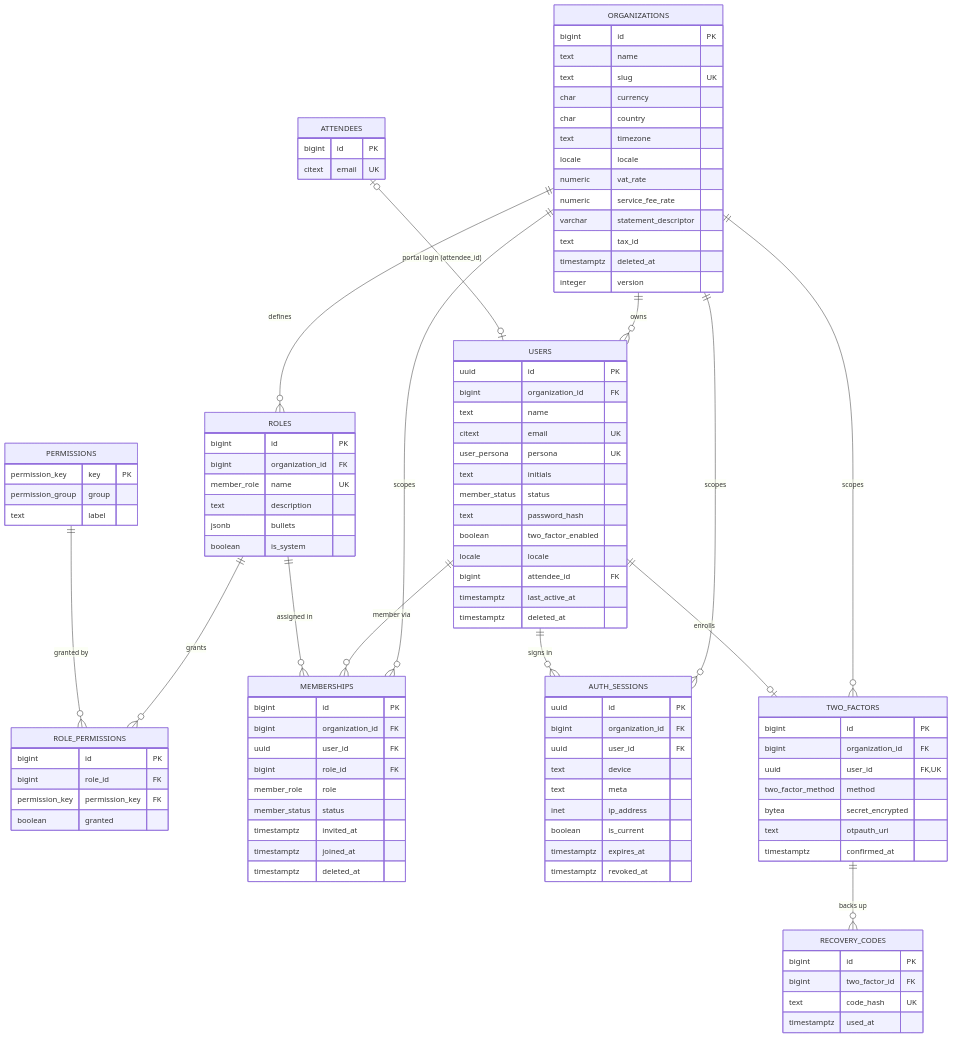
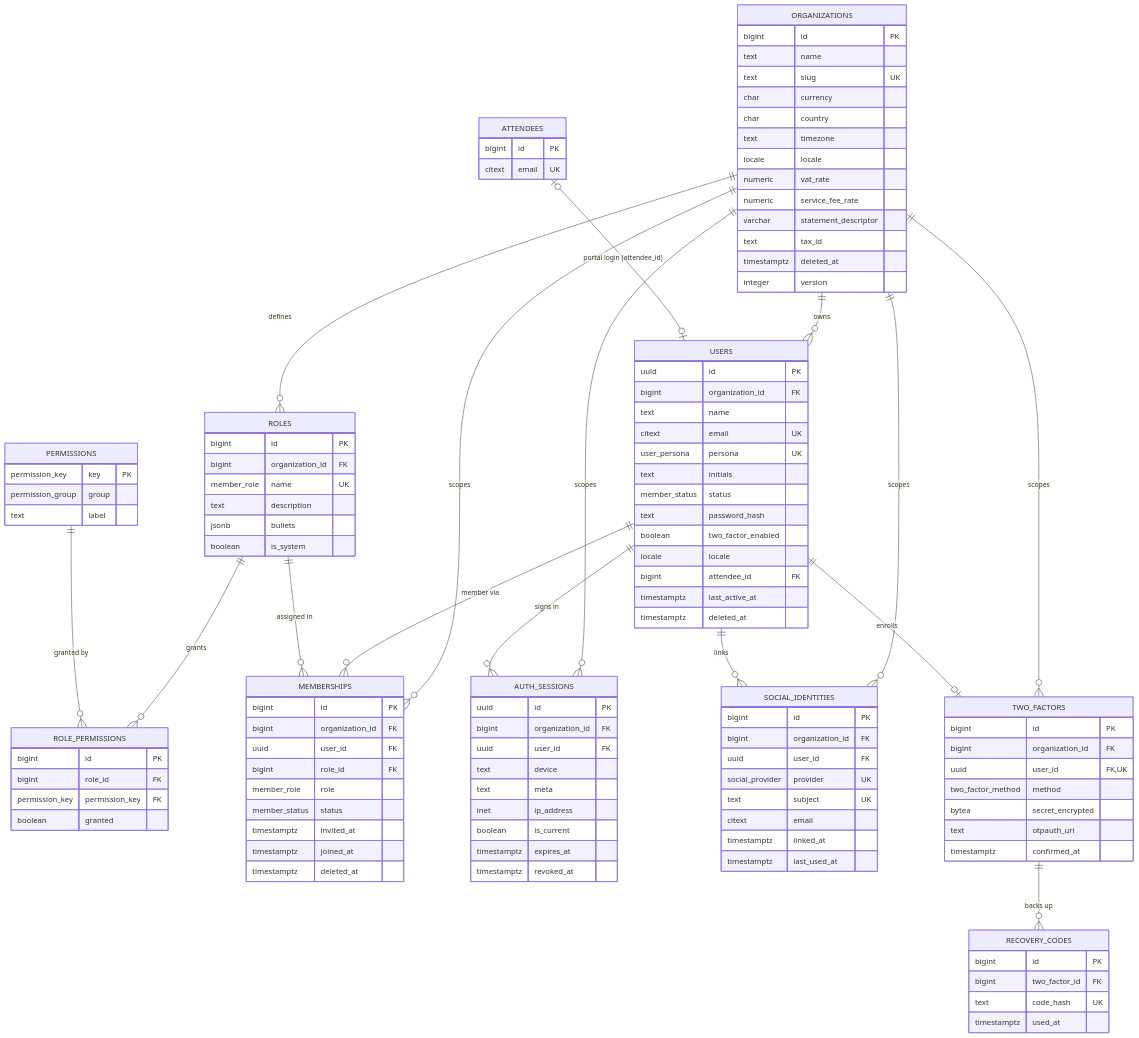
Before and after one commit to kaungkhantdev/eventa-docs: the second of 13 diagrams in 04-architecture/erd.md, drawn with Mermaid. The commit also changed other lines of this file and 5 other files, not shown here.

Commit message:
entities and erd reconcile

````diff
--- a/04-architecture/erd.md
+++ b/04-architecture/erd.md
@@ -618,6 +671,16 @@
         timestamptz expires_at
         timestamptz revoked_at
     }
+    SOCIAL_IDENTITIES {
+        bigint id PK
+        bigint organization_id FK
+        uuid user_id FK
+        social_provider provider UK
+        text subject UK
+        citext email
+        timestamptz linked_at
+        timestamptz last_used_at
+    }
     TWO_FACTORS {
         bigint id PK
         bigint organization_id FK
@@ -642,6 +705,7 @@
     ORGANIZATIONS ||--o{ ROLES : "defines"
     ORGANIZATIONS ||--o{ MEMBERSHIPS : "scopes"
     ORGANIZATIONS ||--o{ AUTH_SESSIONS : "scopes"
+    ORGANIZATIONS ||--o{ SOCIAL_IDENTITIES : "scopes"
     ORGANIZATIONS ||--o{ TWO_FACTORS : "scopes"
     ATTENDEES |o--o| USERS : "portal login (attendee_id)"
     USERS ||--o{ MEMBERSHIPS : "member via"
@@ -649,6 +713,7 @@
     ROLES ||--o{ ROLE_PERMISSIONS : "grants"
     PERMISSIONS ||--o{ ROLE_PERMISSIONS : "granted by"
     USERS ||--o{ AUTH_SESSIONS : "signs in"
+    USERS ||--o{ SOCIAL_IDENTITIES : "links"
     USERS ||--o| TWO_FACTORS : "enrolls"
     TWO_FACTORS ||--o{ RECOVERY_CODES : "backs up"
 ```
````
